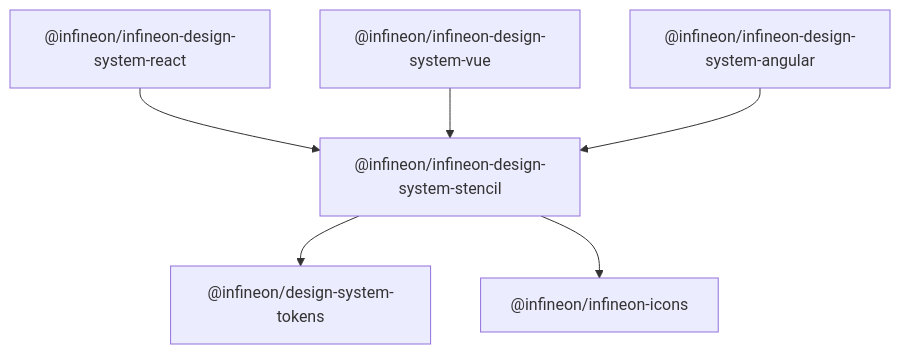
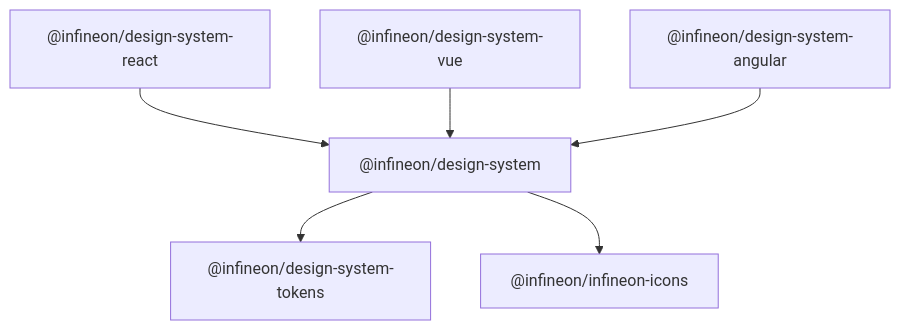
One commit to Infineon/infineon-design-system-stencil changed the second of 5 diagrams in docs/ARCHITECTURE.md. Above: the diagram before and after it, drawn with Mermaid. The commit also changed other lines of this file and 197 other files, not shown here.

First line of the commit message:
refactor: update package names and imports for design system

````diff
--- a/docs/ARCHITECTURE.md
+++ b/docs/ARCHITECTURE.md
@@ -28,8 +28,8 @@
 ```mermaid
 flowchart TD
-  react["@infineon/infineon-design-system-react"] --> stencil["@infineon/infineon-design-system-stencil"]
-  vue["@infineon/infineon-design-system-vue"] --> stencil
-  angular["@infineon/infineon-design-system-angular"] --> stencil
+  react["@infineon/design-system-react"] --> stencil["@infineon/design-system"]
+  vue["@infineon/design-system-vue"] --> stencil
+  angular["@infineon/design-system-angular"] --> stencil
   stencil --> tokens["@infineon/design-system-tokens"]
   stencil --> icons["@infineon/infineon-icons"]
 ```
````
